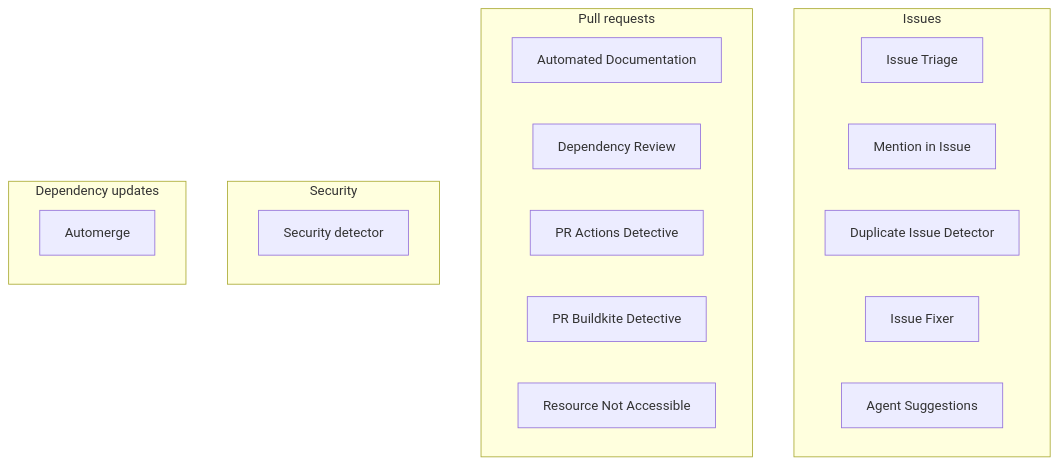
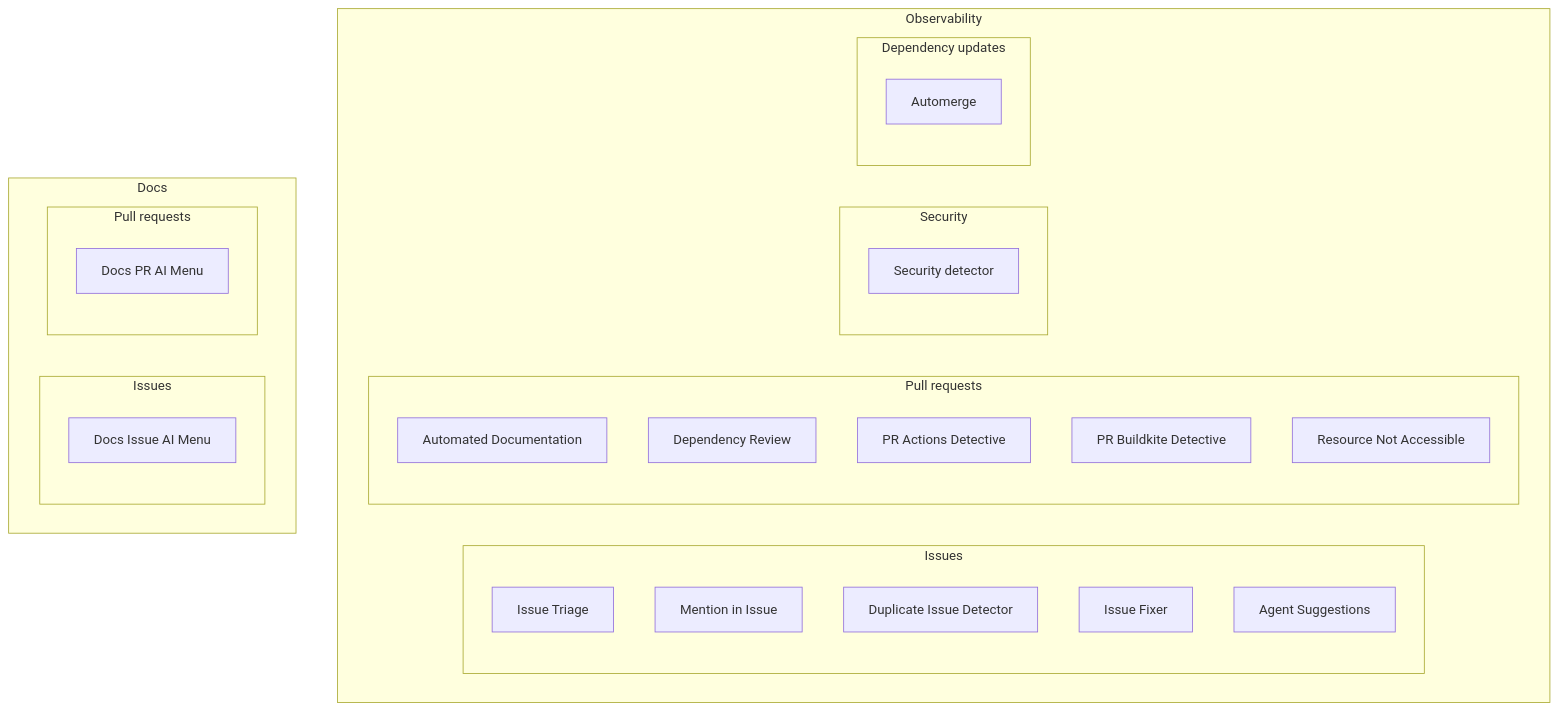
One commit to elastic/oblt-aw changed the diagram in docs/knowledge-base/agentic-workflows/by-outcome.md. Above: the diagram before and after it, drawn with Mermaid. The commit also changed other lines of this file and 1 other file, not shown here.

Commit message:
docs: nest catalog by outcome under org (Observability, Docs).

````diff
--- a/docs/knowledge-base/agentic-workflows/by-outcome.md
+++ b/docs/knowledge-base/agentic-workflows/by-outcome.md
@@ -13,23 +13,33 @@
 ```mermaid
 flowchart TB
-  subgraph issues [Issues]
-    IT[Issue Triage]
-    MI[Mention in Issue]
-    DID[Duplicate Issue Detector]
-    IF[Issue Fixer]
-    AS[Agent Suggestions]
+  subgraph obs [Observability]
+    subgraph obs_issues [Issues]
+      IT[Issue Triage]
+      MI[Mention in Issue]
+      DID[Duplicate Issue Detector]
+      IF[Issue Fixer]
+      AS[Agent Suggestions]
+    end
+    subgraph obs_prs [Pull requests]
+      AD[Automated Documentation]
+      DR[Dependency Review]
+      PAD[PR Actions Detective]
+      PBD[PR Buildkite Detective]
+      RNA[Resource Not Accessible]
+    end
+    subgraph obs_security [Security]
+      SEC[Security detector]
+    end
+    subgraph obs_deps [Dependency updates]
+      AM[Automerge]
+    end
   end
-  subgraph prs [Pull requests]
-    AD[Automated Documentation]
-    DR[Dependency Review]
-    PAD[PR Actions Detective]
-    PBD[PR Buildkite Detective]
-    RNA[Resource Not Accessible]
-  end
-  subgraph security [Security]
-    SEC[Security detector]
-  end
-  subgraph deps [Dependency updates]
-    AM[Automerge]
+  subgraph docs [Docs]
+    subgraph docs_issues [Issues]
+      DIM[Docs Issue AI Menu]
+    end
+    subgraph docs_prs [Pull requests]
+      DPM[Docs PR AI Menu]
+    end
   end
 ```
````
